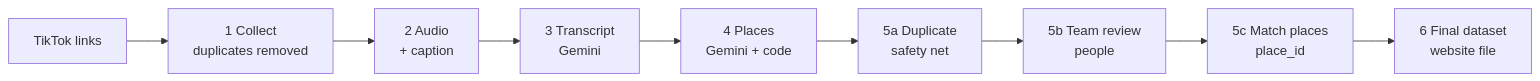
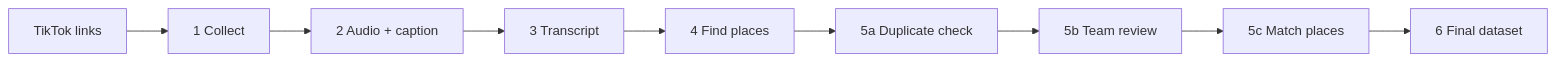
Before and after one commit to TvNa-By-Imigrants/TvNa-Web: the diagram in docs/tvna_pipeline_explained.md, drawn with Mermaid. The commit also changed other lines of this file and 2 other files, not shown here.

````diff
--- a/docs/tvna_pipeline_explained.md
+++ b/docs/tvna_pipeline_explained.md
@@ -17,11 +33,11 @@
 ```mermaid
 flowchart LR
-    L[TikTok links] --> S1[1 Collect<br/>duplicates removed]
-    S1 --> S2[2 Audio<br/>+ caption]
-    S2 --> S3[3 Transcript<br/>Gemini]
-    S3 --> S4[4 Places<br/>Gemini + code]
-    S4 --> S5a[5a Duplicate<br/>safety net]
-    S5a --> S5b[5b Team review<br/>people]
-    S5b --> S5c[5c Match places<br/>place_id]
-    S5c --> S6[6 Final dataset<br/>website file]
+    L[TikTok links] --> S1[1 Collect]
+    S1 --> S2[2 Audio + caption]
+    S2 --> S3[3 Transcript]
+    S3 --> S4[4 Find places]
+    S4 --> S5a[5a Duplicate check]
+    S5a --> S5b[5b Team review]
+    S5b --> S5c[5c Match places]
+    S5c --> S6[6 Final dataset]
 ```
````
